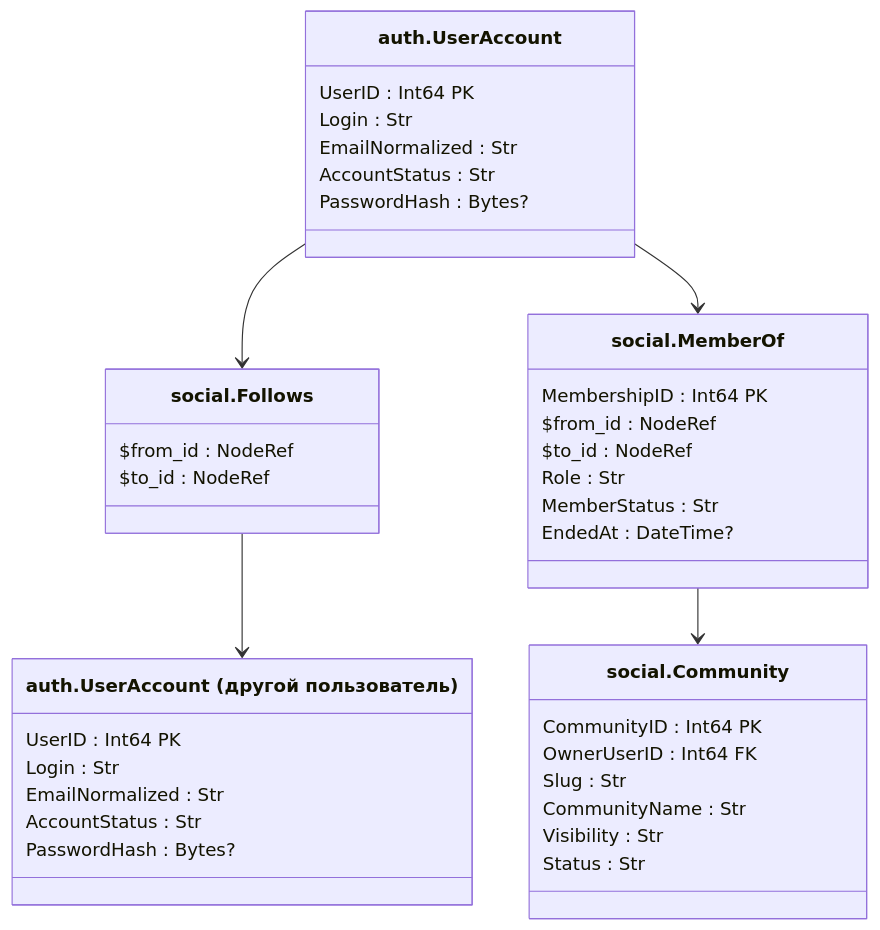
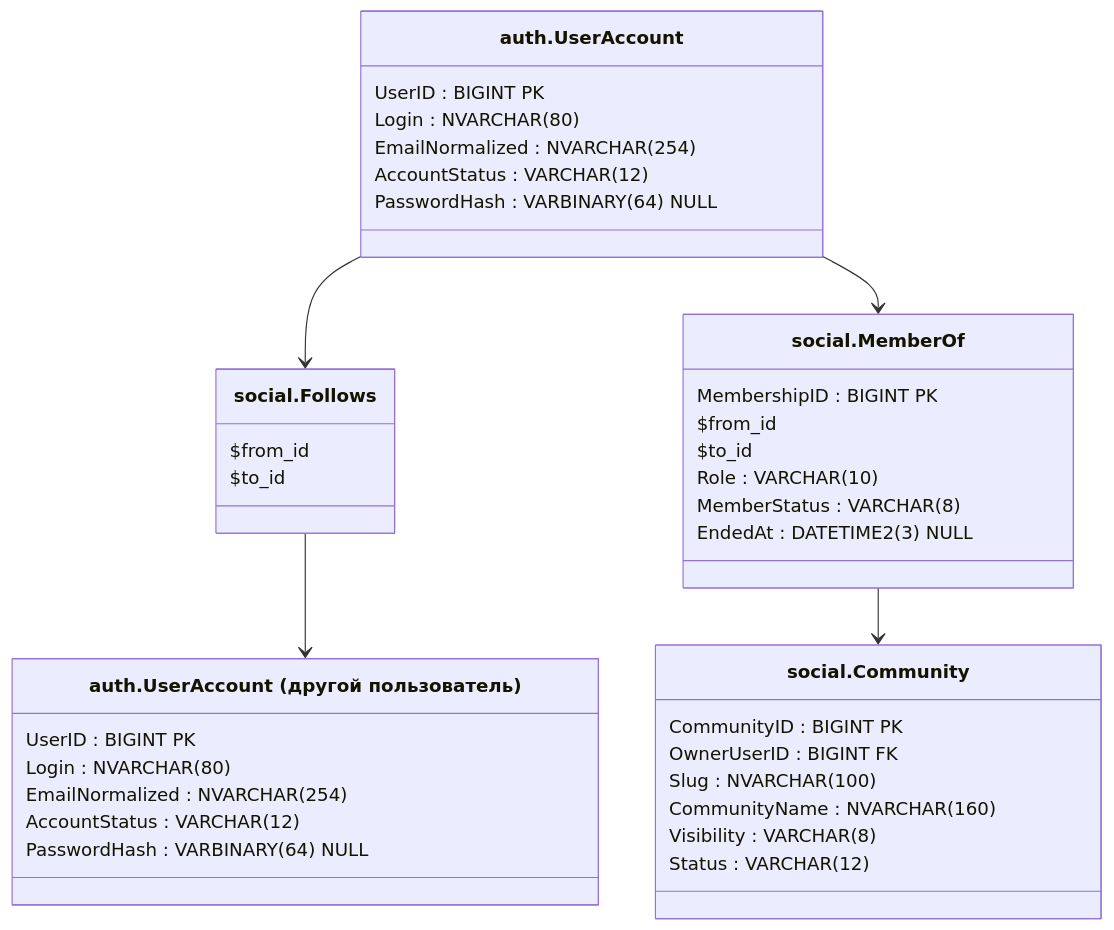
The second of 15 diagrams in 03SQL-CourseWork/architecture/database-model.md (lkeey/BIVT-labs), drawn with Mermaid before and after one commit. The commit also changed other lines of this file, not shown here.

Commit message:
docs(coursework): use exact T-SQL types in database diagrams

```diff
--- a/03SQL-CourseWork/architecture/database-model.md
+++ b/03SQL-CourseWork/architecture/database-model.md
@@ -48,42 +48,42 @@
 ~~~mermaid
 classDiagram
     direction TB
     class U["auth.UserAccount"] {
-        UserID : Int64 PK
-        Login : Str
-        EmailNormalized : Str
-        AccountStatus : Str
-        PasswordHash : Bytes?
+        UserID : BIGINT PK
+        Login : NVARCHAR#40;80#41;
+        EmailNormalized : NVARCHAR#40;254#41;
+        AccountStatus : VARCHAR#40;12#41;
+        PasswordHash : VARBINARY#40;64#41; NULL
     }
     class F["social.Follows"] {
-        $from_id : NodeRef
-        $to_id : NodeRef
+        $from_id
+        $to_id
     }
     class U2["auth.UserAccount (другой пользователь)"] {
-        UserID : Int64 PK
-        Login : Str
-        EmailNormalized : Str
-        AccountStatus : Str
-        PasswordHash : Bytes?
+        UserID : BIGINT PK
+        Login : NVARCHAR#40;80#41;
+        EmailNormalized : NVARCHAR#40;254#41;
+        AccountStatus : VARCHAR#40;12#41;
+        PasswordHash : VARBINARY#40;64#41; NULL
     }
     class M["social.MemberOf"] {
-        MembershipID : Int64 PK
-        $from_id : NodeRef
-        $to_id : NodeRef
-        Role : Str
-        MemberStatus : Str
-        EndedAt : DateTime?
+        MembershipID : BIGINT PK
+        $from_id
+        $to_id
+        Role : VARCHAR#40;10#41;
+        MemberStatus : VARCHAR#40;8#41;
+        EndedAt : DATETIME2#40;3#41; NULL
     }
     class C["social.Community"] {
-        CommunityID : Int64 PK
-        OwnerUserID : Int64 FK
-        Slug : Str
-        CommunityName : Str
-        Visibility : Str
-        Status : Str
+        CommunityID : BIGINT PK
+        OwnerUserID : BIGINT FK
+        Slug : NVARCHAR#40;100#41;
+        CommunityName : NVARCHAR#40;160#41;
+        Visibility : VARCHAR#40;8#41;
+        Status : VARCHAR#40;12#41;
     }
     U --> F
     F --> U2
     U --> M
     M --> C
 ~~~
```
